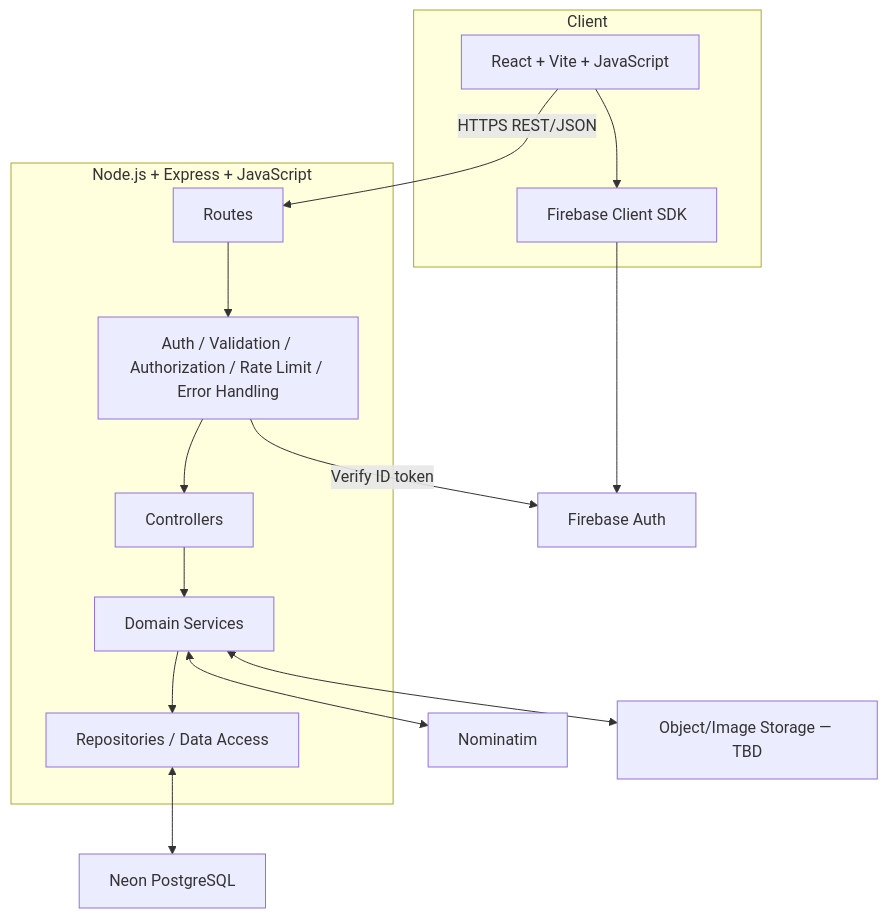
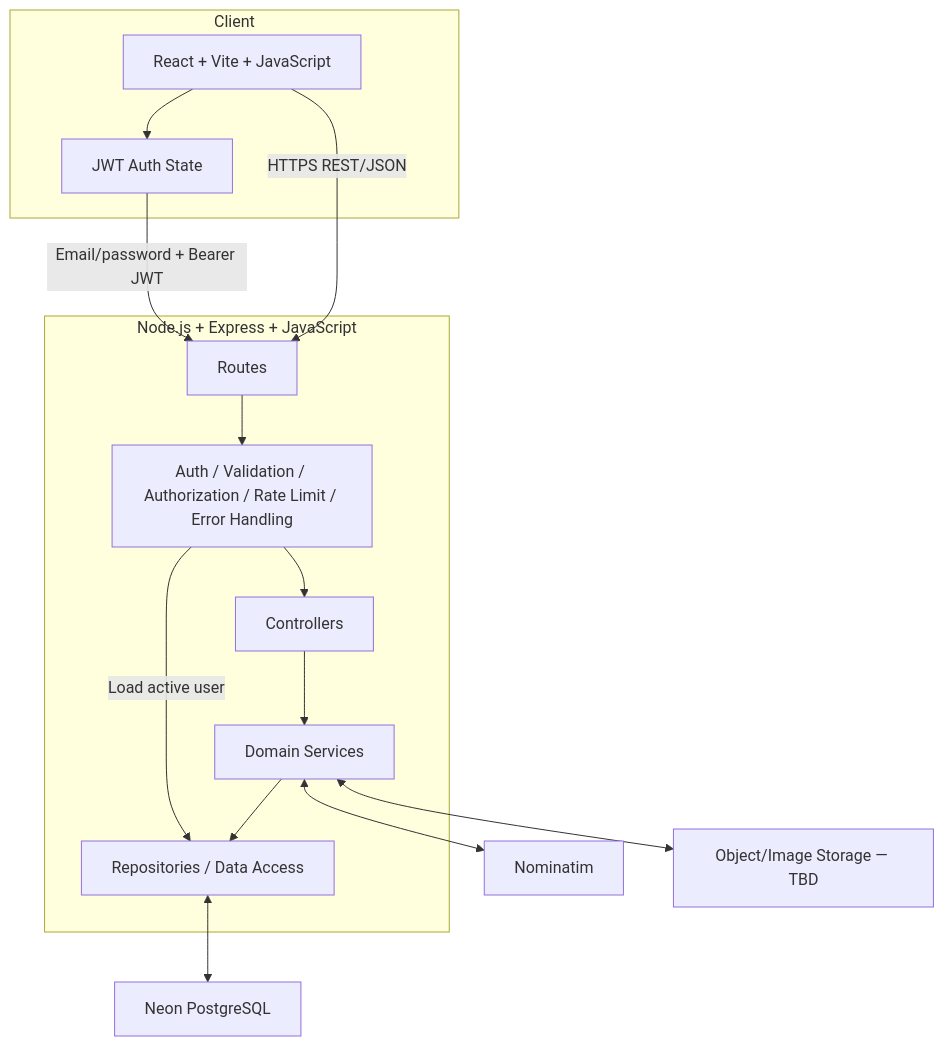
Before and after one commit to ff7hpp/GeoIssue: the diagram in docs/reference/diagrams/02_Container_Architecture.mmd, drawn with Mermaid. The commit also changed 56 other files, not shown here.

```diff
--- a/docs/reference/diagrams/02_Container_Architecture.mmd
+++ b/docs/reference/diagrams/02_Container_Architecture.mmd
@@ -1,16 +1,16 @@
 flowchart TB
   subgraph Client
     UI[React + Vite + JavaScript]
-    AuthSDK[Firebase Client SDK]
+    AuthState[JWT Auth State]
   end
   subgraph API[Node.js + Express + JavaScript]
     Routes --> Middleware[Auth / Validation / Authorization / Rate Limit / Error Handling]
     Middleware --> Controllers --> Services[Domain Services]
     Services --> Repositories[Repositories / Data Access]
   end
   UI -->|HTTPS REST/JSON| Routes
-  UI --> AuthSDK --> Firebase[Firebase Auth]
-  Middleware -->|Verify ID token| Firebase
+  UI --> AuthState -->|Email/password + Bearer JWT| Routes
+  Middleware -->|Load active user| Repositories
   Repositories <--> Neon[Neon PostgreSQL]
   Services <--> Nominatim[Nominatim]
   Services <--> Storage[Object/Image Storage — TBD]
```
